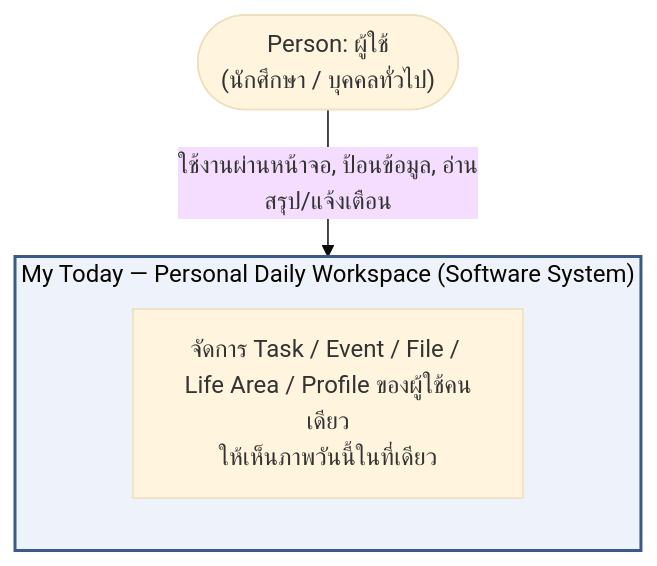
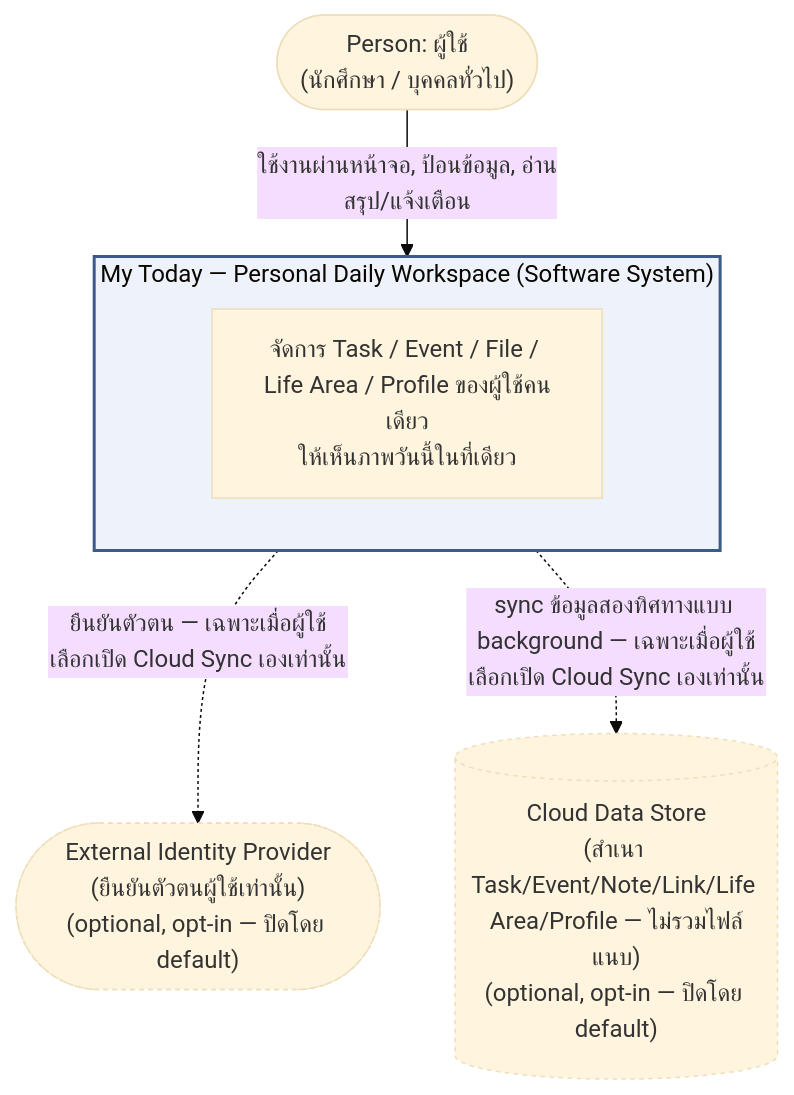
The first of 3 diagrams in .docs/02-design/02-technical/architecture.md (sirikorn-cmru/My-Today-Project), drawn with Mermaid (base theme) before and after one commit. The commit also changed other lines of this file and 7 other files, not shown here.

````diff
--- a/.docs/02-design/02-technical/architecture.md
+++ b/.docs/02-design/02-technical/architecture.md
@@ -13,12 +13,19 @@
 ```mermaid
 flowchart TD
     User(["Person: ผู้ใช้<br/>(นักศึกษา / บุคคลทั่วไป)"])
 
     subgraph SystemBoundary["My Today — Personal Daily Workspace (Software System)"]
         MyToday["จัดการ Task / Event / File / Life Area / Profile ของผู้ใช้คนเดียว<br/>ให้เห็นภาพวันนี้ในที่เดียว"]
     end
 
+    IdentityProvider(["External Identity Provider<br/>(ยืนยันตัวตนผู้ใช้เท่านั้น)<br/>(optional, opt-in — ปิดโดย default)"])
+    CloudStore[("Cloud Data Store<br/>(สำเนา Task/Event/Note/Link/Life Area/Profile — ไม่รวมไฟล์แนบ)<br/>(optional, opt-in — ปิดโดย default)")]
+
     User -->|"ใช้งานผ่านหน้าจอ, ป้อนข้อมูล, อ่านสรุป/แจ้งเตือน"| SystemBoundary
+    SystemBoundary -.->|"ยืนยันตัวตน — เฉพาะเมื่อผู้ใช้เลือกเปิด Cloud Sync เองเท่านั้น"| IdentityProvider
+    SystemBoundary -.->|"sync ข้อมูลสองทิศทางแบบ background — เฉพาะเมื่อผู้ใช้เลือกเปิด Cloud Sync เองเท่านั้น"| CloudStore
 
     style SystemBoundary fill:#eef3fb,stroke:#3b5a8a,stroke-width:2px
+    style IdentityProvider stroke-dasharray: 3 3
+    style CloudStore stroke-dasharray: 3 3
 ```
````
